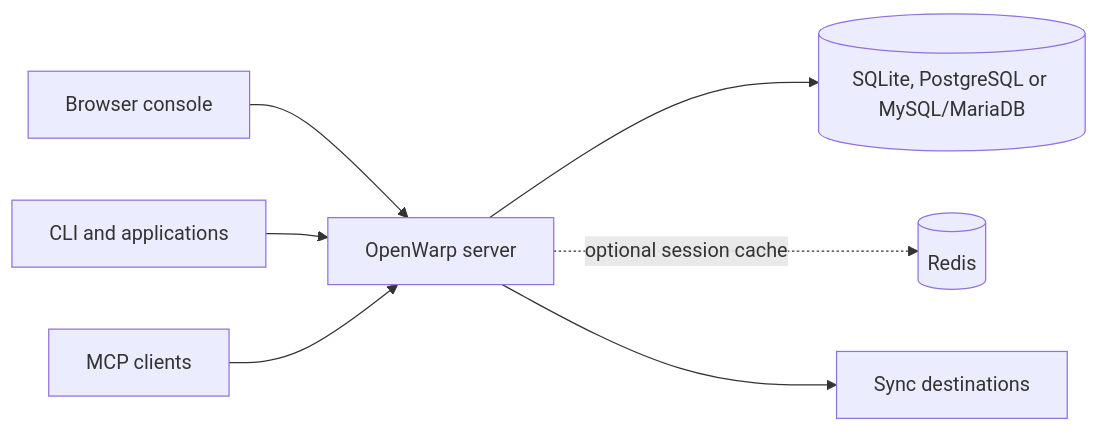
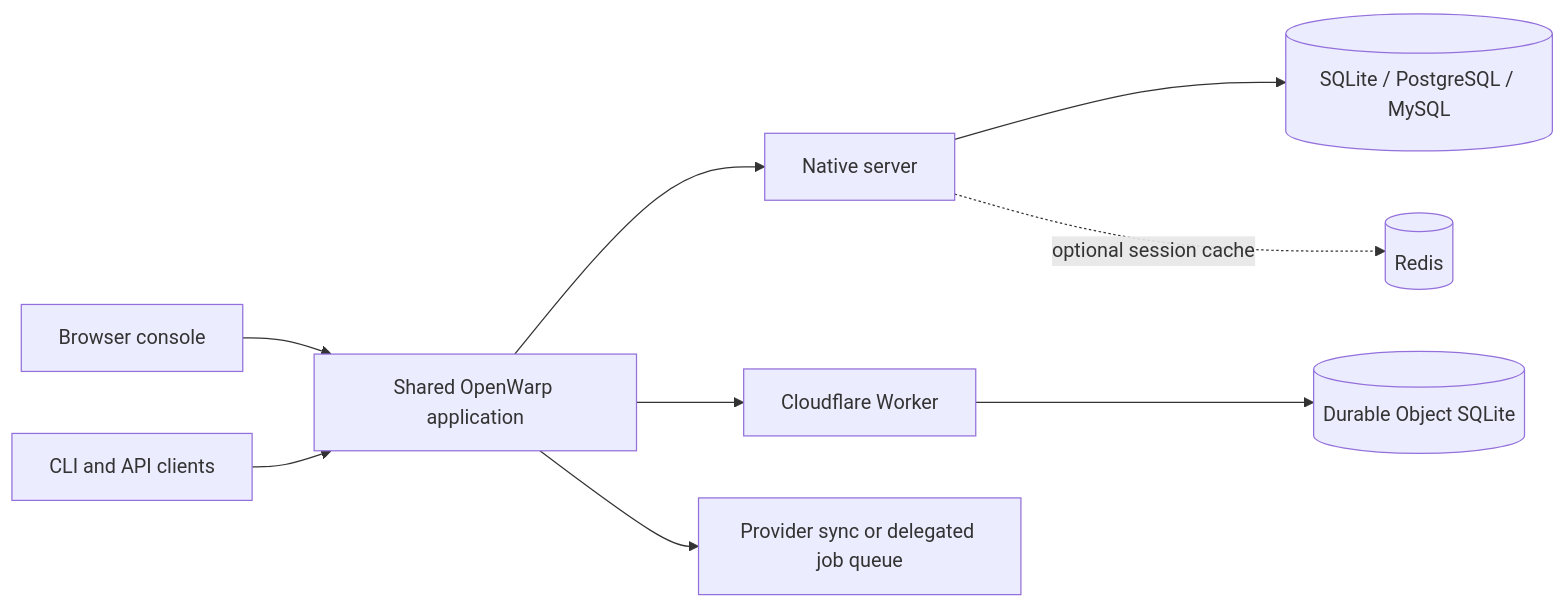
The diagram in README.md (hongkongkiwi/openwarp), drawn with Mermaid before and after one commit. The commit also changed other lines of this file and 54 other files, not shown here.

````diff
--- a/README.md
+++ b/README.md
@@ -117,9 +111,11 @@
 ```mermaid
 flowchart LR
-    Console[Browser console] --> Server[OpenWarp server]
-    CLI[CLI and applications] --> Server
-    MCP[MCP clients] --> Server
-    Server --> DB[(SQLite, PostgreSQL or MySQL/MariaDB)]
-    Server -. optional session cache .-> Redis[(Redis)]
-    Server --> Providers[Sync destinations]
+    Browser[Browser console] --> App[Shared OpenWarp application]
+    CLI[CLI and API clients] --> App
+    App --> Native[Native server]
+    App --> Worker[Cloudflare Worker]
+    Native --> DB[(SQLite / PostgreSQL / MySQL)]
+    Worker --> DO[(Durable Object SQLite)]
+    Native -. optional session cache .-> Redis[(Redis)]
+    App --> Sync[Provider sync or delegated job queue]
 ```
````
